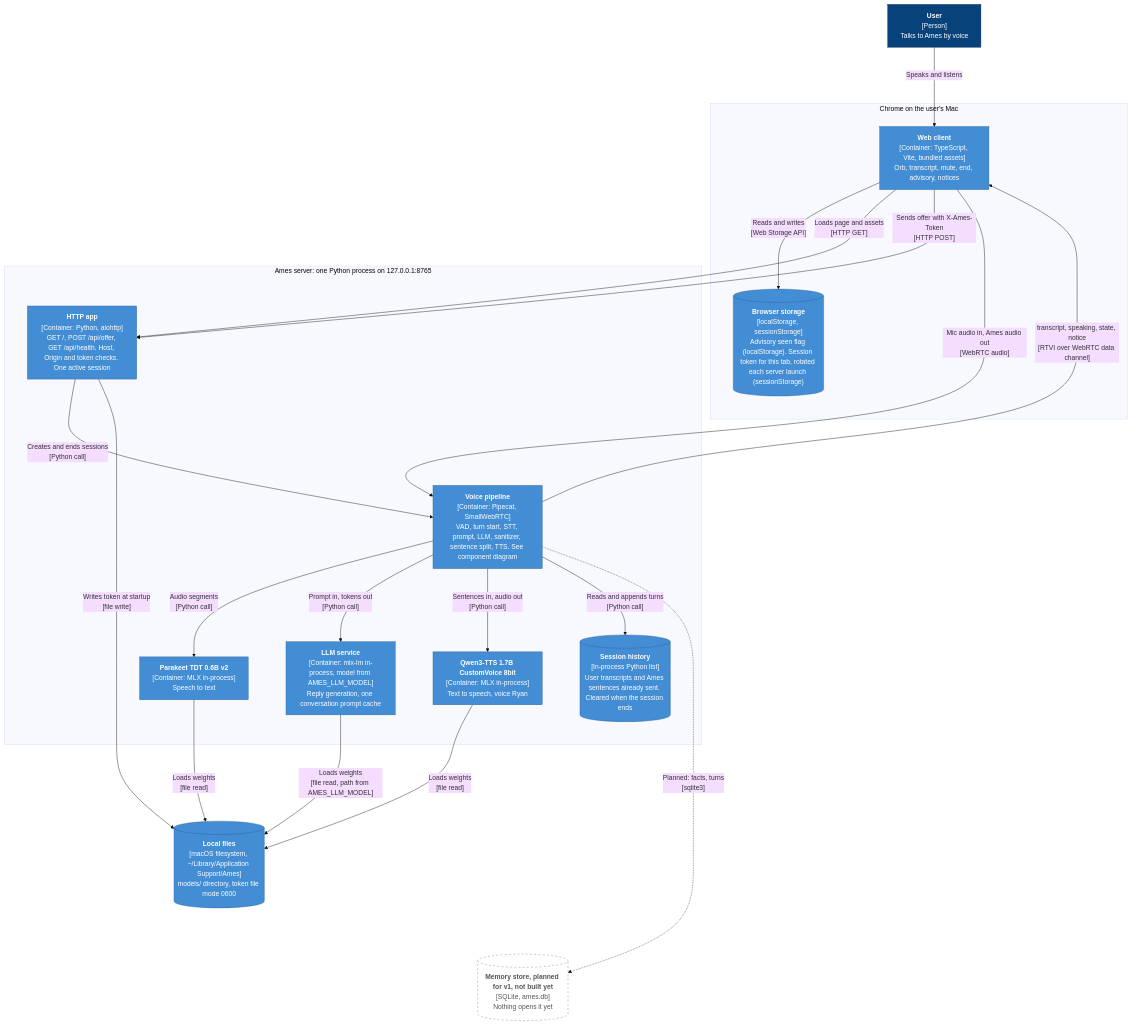
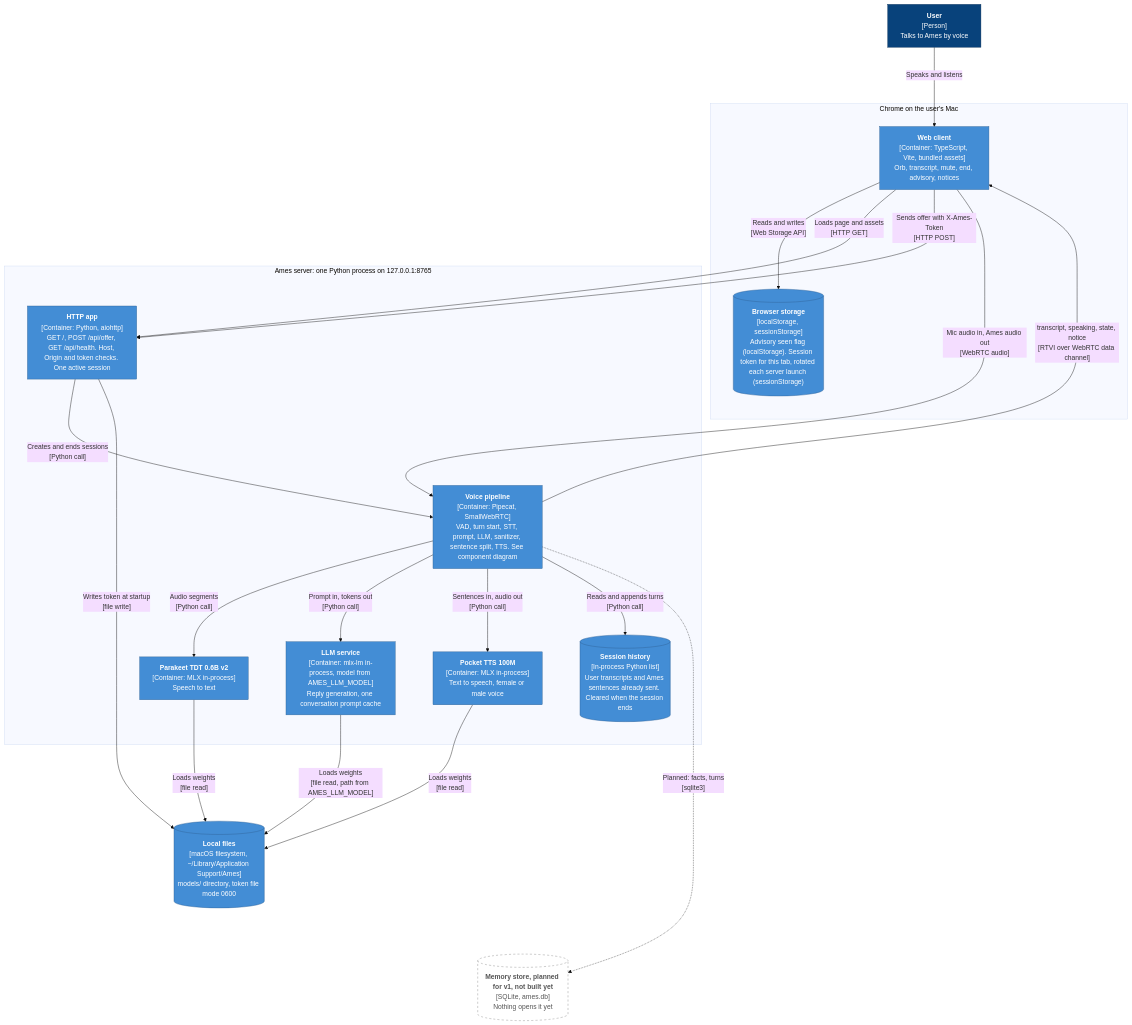
The diagram in docs/architecture/c4-containers.md (AnirudhDesai777/ames), drawn with Mermaid (base theme) before and after one commit. The commit also changed 23 other files, not shown here.

First line of the commit message:
feat: replace Qwen TTS with Pocket TTS and add a female and male voice toggle (#113)

````diff
--- a/docs/architecture/c4-containers.md
+++ b/docs/architecture/c4-containers.md
@@ -9,48 +9,48 @@
 ```mermaid
 %%{init: {"flowchart": {"nodeSpacing": 90, "rankSpacing": 110}}}%%
 flowchart TB
     user["<b>User</b><br/>[Person]<br/>Talks to Ames by voice"]
 
     subgraph chrome["Chrome on the user's Mac"]
         web["<b>Web client</b><br/>[Container: TypeScript, Vite, bundled assets]<br/>Orb, transcript, mute, end, advisory, notices"]
         ls[("<b>Browser storage</b><br/>[localStorage, sessionStorage]<br/>Advisory seen flag (localStorage). Session token for this tab, rotated each server launch (sessionStorage)")]
     end
 
     subgraph server["Ames server: one Python process on 127.0.0.1:8765"]
         http["<b>HTTP app</b><br/>[Container: Python, aiohttp]<br/>GET /, POST /api/offer, GET /api/health. Host, Origin and token checks. One active session"]
         pipeline["<b>Voice pipeline</b><br/>[Container: Pipecat, SmallWebRTC]<br/>VAD, turn start, STT, prompt, LLM, sanitizer, sentence split, TTS. See component diagram"]
         stt["<b>Parakeet TDT 0.6B v2</b><br/>[Container: MLX in-process]<br/>Speech to text"]
         llm["<b>LLM service</b><br/>[Container: mlx-lm in-process, model from AMES_LLM_MODEL]<br/>Reply generation, one conversation prompt cache"]
-        tts["<b>Qwen3-TTS 1.7B CustomVoice 8bit</b><br/>[Container: MLX in-process]<br/>Text to speech, voice Ryan"]
+        tts["<b>Pocket TTS 100M</b><br/>[Container: MLX in-process]<br/>Text to speech, female or male voice"]
         hist[("<b>Session history</b><br/>[In-process Python list]<br/>User transcripts and Ames sentences already sent. Cleared when the session ends")]
     end
 
     files[("<b>Local files</b><br/>[macOS filesystem, ~/Library/Application Support/Ames]<br/>models/ directory, token file mode 0600")]
     mem[("<b>Memory store, planned for v1, not built yet</b><br/>[SQLite, ames.db]<br/>Nothing opens it yet")]
 
     user -->|"Speaks and listens"| web
     web -->|"Reads and writes<br/>[Web Storage API]"| ls
     web -->|"Loads page and assets<br/>[HTTP GET]"| http
     web -->|"Sends offer with X-Ames-Token<br/>[HTTP POST]"| http
     web -->|"Mic audio in, Ames audio out<br/>[WebRTC audio]"| pipeline
     pipeline -->|"transcript, speaking, state, notice<br/>[RTVI over WebRTC data channel]"| web
     http -->|"Creates and ends sessions<br/>[Python call]"| pipeline
     pipeline -->|"Audio segments<br/>[Python call]"| stt
     pipeline -->|"Prompt in, tokens out<br/>[Python call]"| llm
     pipeline -->|"Sentences in, audio out<br/>[Python call]"| tts
     pipeline -->|"Reads and appends turns<br/>[Python call]"| hist
     http -->|"Writes token at startup<br/>[file write]"| files
     stt -->|"Loads weights<br/>[file read]"| files
     llm -->|"Loads weights<br/>[file read, path from AMES_LLM_MODEL]"| files
     tts -->|"Loads weights<br/>[file read]"| files
     pipeline -.->|"Planned: facts, turns<br/>[sqlite3]"| mem
     tts ~~~ mem
     files ~~~ mem
 
     classDef person fill:#08427b,stroke:#052e56,color:#ffffff
     classDef cont fill:#438dd5,stroke:#2e6295,color:#ffffff
     classDef planned fill:#ffffff,stroke:#888888,color:#555555,stroke-dasharray: 5 5
     class user person
     class web,http,pipeline,stt,llm,tts,ls,hist,files cont
     class mem planned
 ```
````
